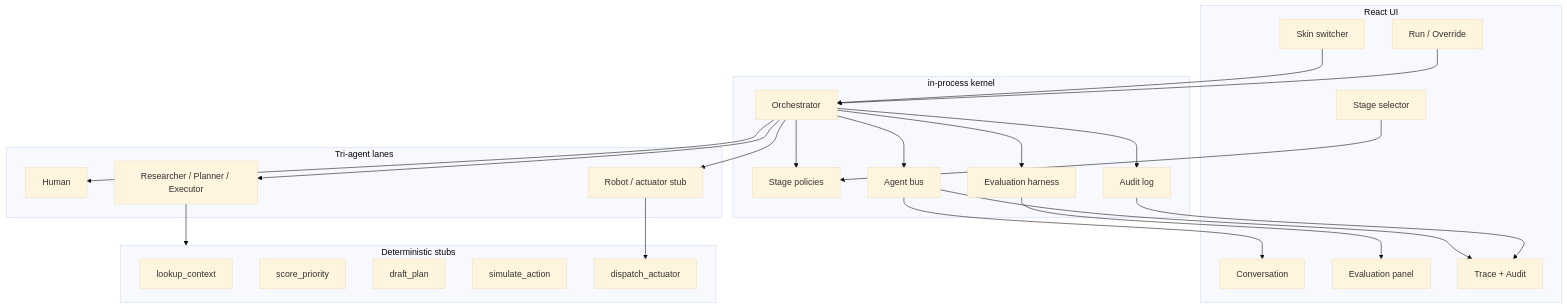
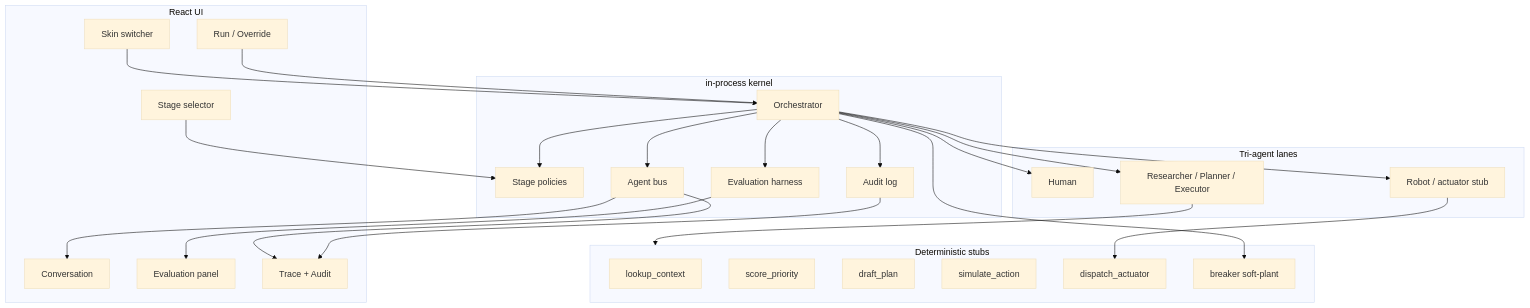
One commit to THFC-COYS/tri-agent-maturity-lab changed the diagram in README.md. Above: the diagram before and after it, drawn with Mermaid (base theme). The commit also changed other lines of this file and 14 other files, not shown here.

First line of the commit message:
feat: breaker-amp trip-curve latency alpha (soft-plant)

````diff
--- a/README.md
+++ b/README.md
@@ -70,50 +70,52 @@
 ```mermaid
 flowchart TB
   subgraph UI["React UI"]
     Skin[Skin switcher]
     Stage[Stage selector]
     Run[Run / Override]
     Conv[Conversation]
     Eval[Evaluation panel]
     Trace[Trace + Audit]
   end
 
   subgraph Kernel["in-process kernel"]
     Orch[Orchestrator]
     Policy[Stage policies]
     Bus[Agent bus]
     Audit[Audit log]
     Harness[Evaluation harness]
   end
 
   subgraph Agents["Tri-agent lanes"]
     Human[Human]
     AI[Researcher / Planner / Executor]
     Robot[Robot / actuator stub]
   end
 
   subgraph Tools["Deterministic stubs"]
     T1[lookup_context]
     T2[score_priority]
     T3[draft_plan]
     T4[simulate_action]
     T5[dispatch_actuator]
+    T6[breaker soft-plant]
   end
 
   Skin --> Orch
   Stage --> Policy
   Run --> Orch
   Orch --> Policy
   Orch --> Bus
   Orch --> AI 
   Orch --> Robot
   Orch --> Human
   AI --> Tools
   Robot --> T5
+  Orch --> T6
   Bus --> Conv
   Bus --> Trace
   Orch --> Audit
   Orch --> Harness
   Harness --> Eval
   Audit --> Trace
 ```
````
